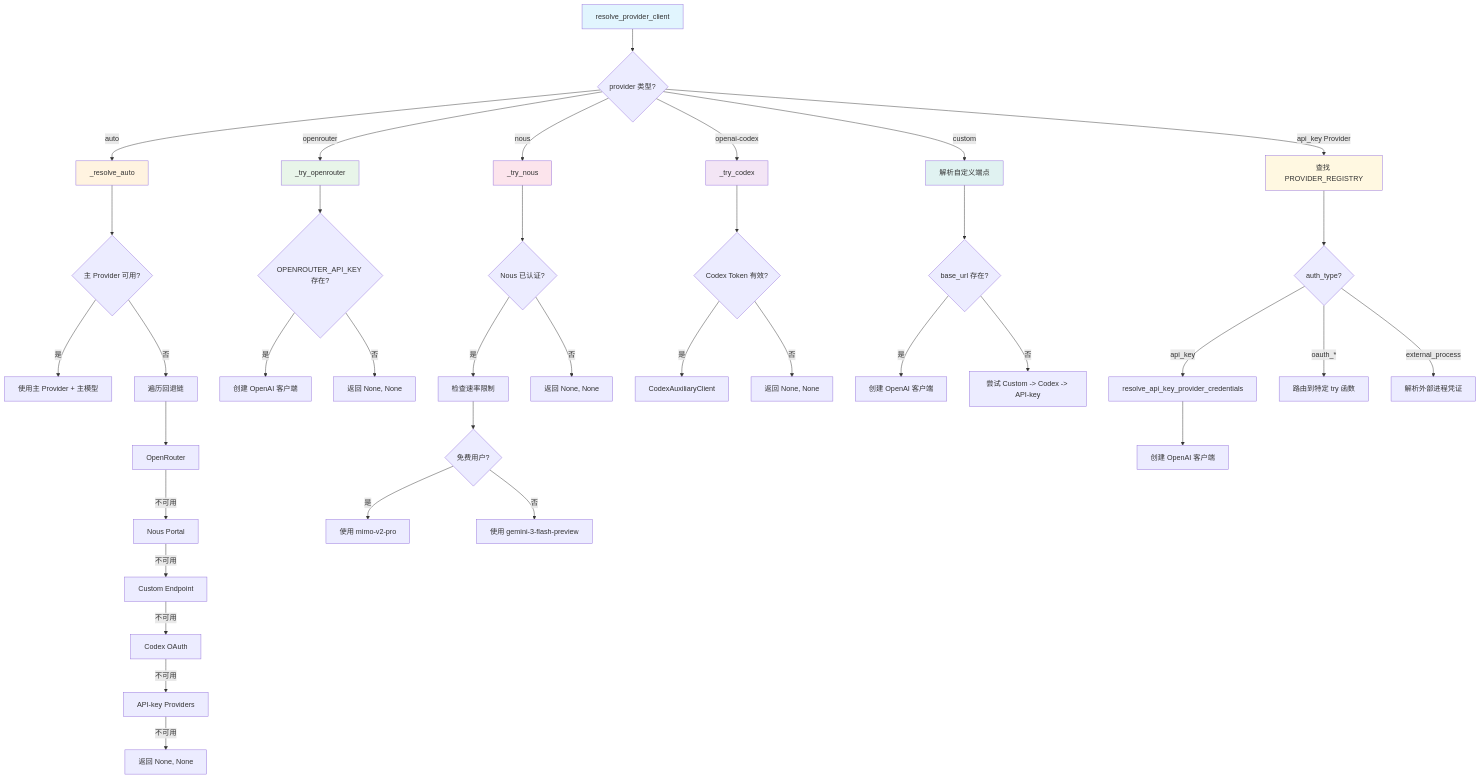
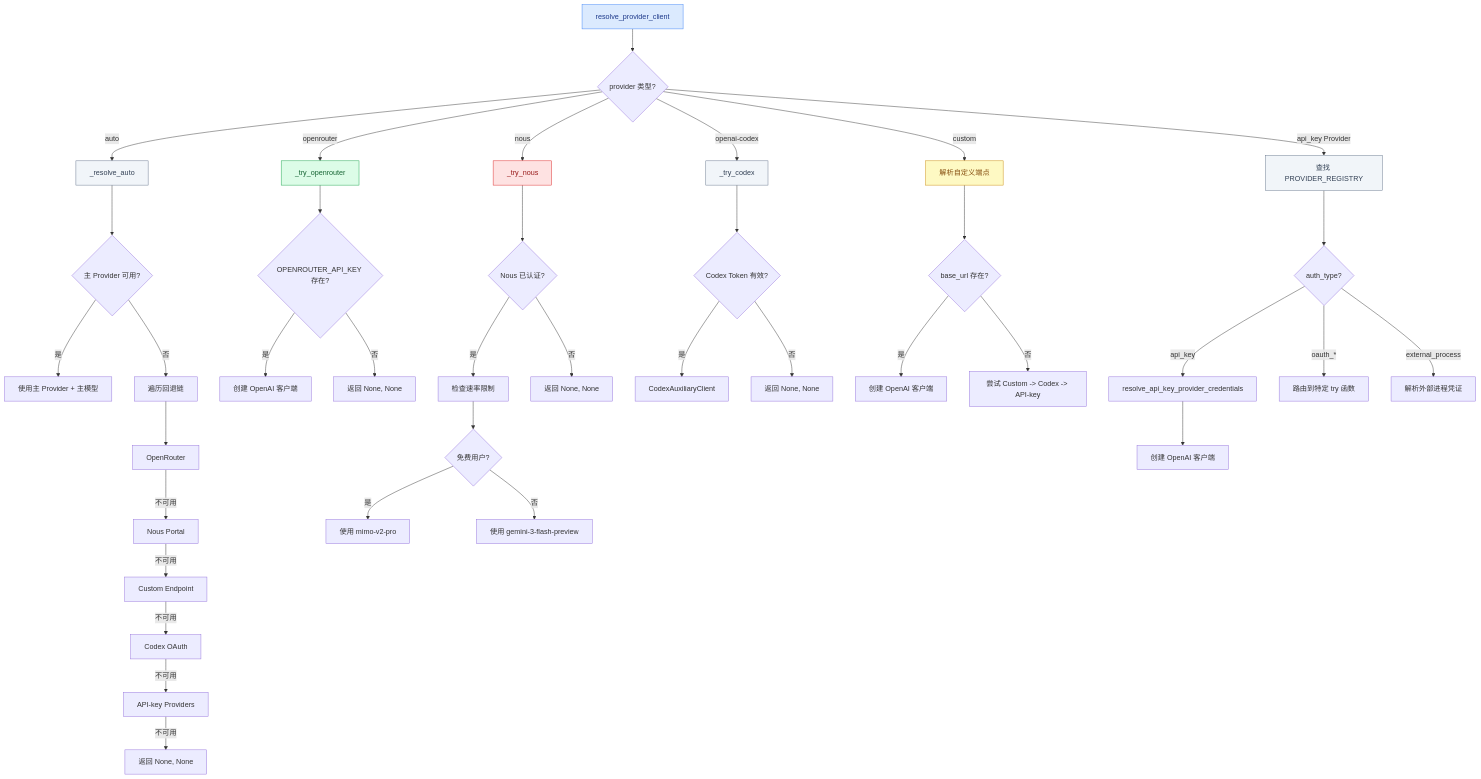
Before and after one commit to pty819/hermes-docs: the diagram in diagrams/provider-resolution-flow.mmd, drawn with Mermaid. The commit also changed 27 other files, not shown here.

```diff
--- a/diagrams/provider-resolution-flow.mmd
+++ b/diagrams/provider-resolution-flow.mmd
@@ -1,51 +1,56 @@
 flowchart TD
     A[resolve_provider_client] --> B{provider 类型?}
 
     B -->|auto| C[_resolve_auto]
     C --> C1{主 Provider 可用?}
     C1 -->|是| C2[使用主 Provider + 主模型]
     C1 -->|否| C3[遍历回退链]
     C3 --> C4[OpenRouter]
     C4 -->|不可用| C5[Nous Portal]
     C5 -->|不可用| C6[Custom Endpoint]
     C6 -->|不可用| C7[Codex OAuth]
     C7 -->|不可用| C8[API-key Providers]
     C8 -->|不可用| C9[返回 None, None]
 
     B -->|openrouter| D[_try_openrouter]
     D --> D1{OPENROUTER_API_KEY 存在?}
     D1 -->|是| D2[创建 OpenAI 客户端]
     D1 -->|否| D3[返回 None, None]
 
     B -->|nous| E[_try_nous]
     E --> E1{Nous 已认证?}
     E1 -->|是| E2[检查速率限制]
     E2 --> E3{免费用户?}
     E3 -->|是| E4[使用 mimo-v2-pro]
     E3 -->|否| E5[使用 gemini-3-flash-preview]
     E1 -->|否| E6[返回 None, None]
 
     B -->|openai-codex| F[_try_codex]
     F --> F1{Codex Token 有效?}
     F1 -->|是| F2[CodexAuxiliaryClient]
     F1 -->|否| F3[返回 None, None]
 
     B -->|custom| G[解析自定义端点]
     G --> G1{base_url 存在?}
     G1 -->|是| G2[创建 OpenAI 客户端]
     G1 -->|否| G3[尝试 Custom -> Codex -> API-key]
 
     B -->|api_key Provider| H[查找 PROVIDER_REGISTRY]
     H --> H1{auth_type?}
     H1 -->|api_key| H2[resolve_api_key_provider_credentials]
     H2 --> H3[创建 OpenAI 客户端]
     H1 -->|oauth_*| H4[路由到特定 try 函数]
     H1 -->|external_process| H5[解析外部进程凭证]
 
-    style A fill:#e1f5fe
-    style C fill:#fff3e0
-    style D fill:#e8f5e9
-    style E fill:#fce4ec
-    style F fill:#f3e5f5
-    style G fill:#e0f2f1
-    style H fill:#fff8e1
+    classDef start fill:#dbeafe,stroke:#3b82f6,color:#1e3a8a
+    classDef success fill:#dcfce7,stroke:#16a34a,color:#166534
+    classDef warn fill:#fef9c3,stroke:#ca8a04,color:#854d0e
+    classDef fail fill:#fee2e2,stroke:#dc2626,color:#991b1b
+    classDef info fill:#f1f5f9,stroke:#64748b,color:#334155
+    class A start
+    class C info
+    class D success
+    class E fail
+    class F info
+    class G warn
+    class H info
```
